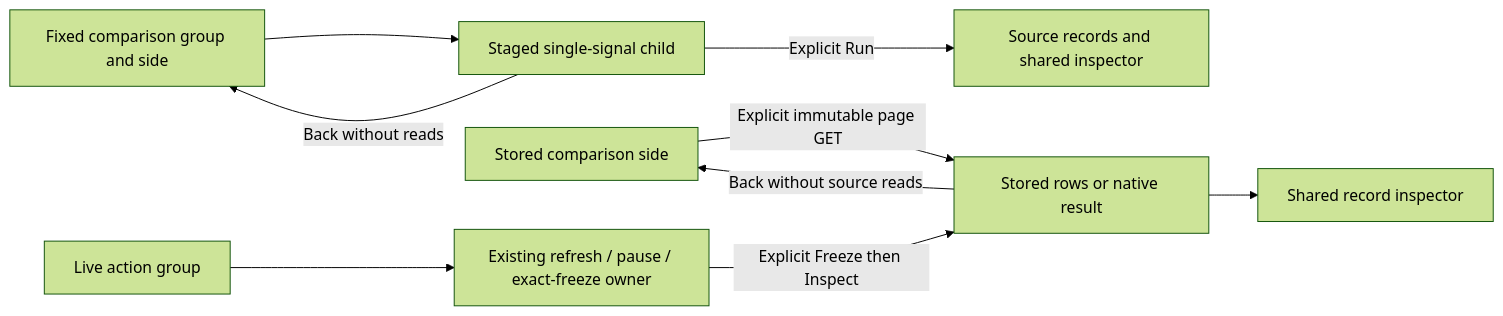
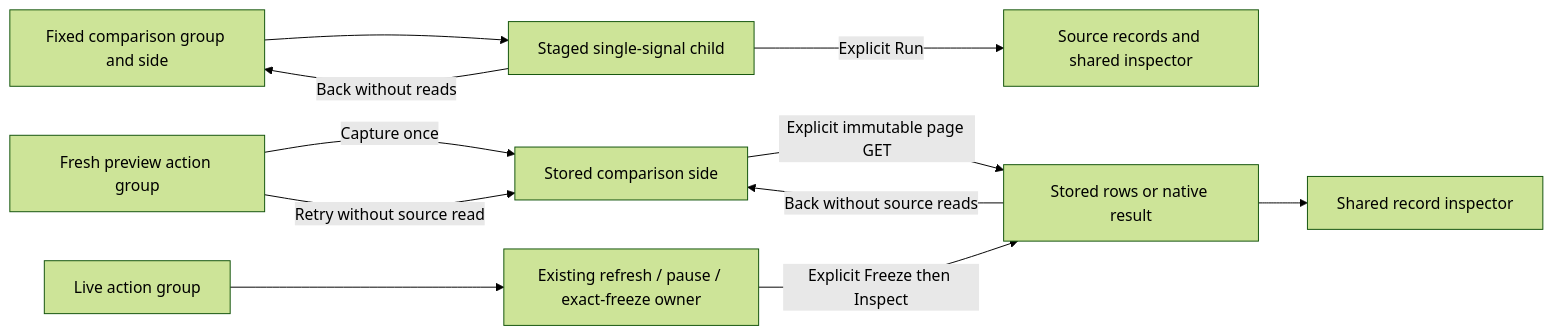
Before and after one commit to casselc/goo: the diagram in docs/COMPARISON_ACTIONS.md, drawn with Mermaid (forest theme). The commit also changed other lines of this file and 12 other files, not shown here.

Commit message:
Consolidate fresh comparison preview actions

````diff
--- a/docs/COMPARISON_ACTIONS.md
+++ b/docs/COMPARISON_ACTIONS.md
@@ -38,11 +43,13 @@
 ```mermaid
 flowchart LR
+  V[Fresh preview action group] -->|Capture once| S[Stored comparison side]
+  V -->|Retry without source read| S
   F[Fixed comparison group and side] --> C[Staged single-signal child]
   C -->|Explicit Run| R[Source records and shared inspector]
   C -->|Back without reads| F
   S[Stored comparison side] -->|Explicit immutable page GET| P[Stored rows or native result]
   P --> I[Shared record inspector]
   P -->|Back without source reads| S
   L[Live action group] --> O[Existing refresh / pause / exact-freeze owner]
   O -->|Explicit Freeze then Inspect| P
 ```
````
